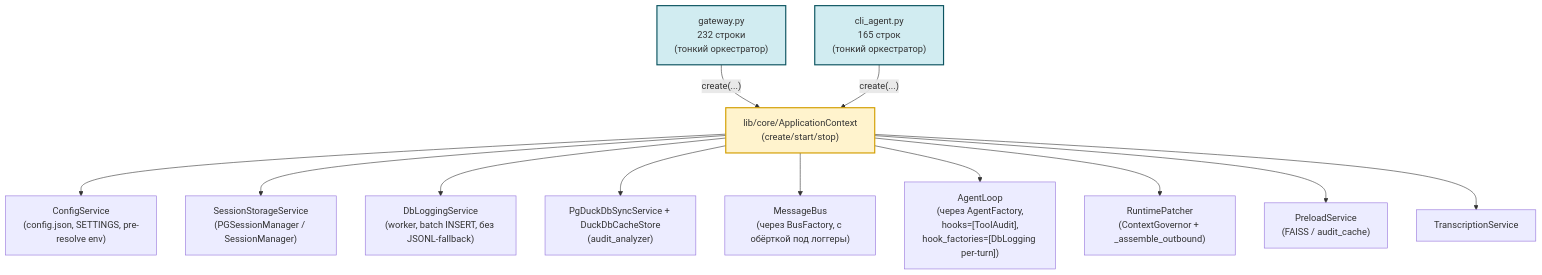
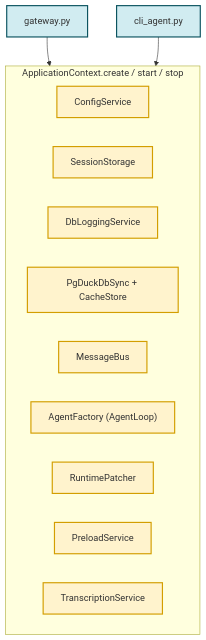
One commit to AlexEgorov85/workspaces_nanobot changed the second of 4 diagrams in docs/ARCHITECTURE.md. Above: the diagram before and after it, drawn with Mermaid. The commit also changed other lines of this file and 4 other files, not shown here.

First line of the commit message:
docs(diagrams): упростить инфра-диаграммы в слоистый mermaid-стиль

````diff
--- a/docs/ARCHITECTURE.md
+++ b/docs/ARCHITECTURE.md
@@ -101,24 +85,20 @@
 ```mermaid
 flowchart TB
-    GW["gateway.py<br/>232 строки<br/>(тонкий оркестратор)"]
-    CLI["cli_agent.py<br/>165 строк<br/>(тонкий оркестратор)"]
-    CTX["lib/core/ApplicationContext<br/>(create/start/stop)"]
-
-    GW -->|"create(...)"| CTX
-    CLI -->|"create(...)"| CTX
-
-    CTX --> CFG_SVC["ConfigService<br/>(config.json, SETTINGS, pre-resolve env)"]
-    CTX --> SESS["SessionStorageService<br/>(PGSessionManager / SessionManager)"]
-    CTX --> DB_LOG["DbLoggingService<br/>(worker, batch INSERT, без JSONL-fallback)"]
-    CTX --> AUDIT["PgDuckDbSyncService + DuckDbCacheStore<br/>(audit_analyzer)"]
-    CTX --> BUS["MessageBus<br/>(через BusFactory, с обёрткой под логгеры)"]
-    CTX --> AGENT["AgentLoop<br/>(через AgentFactory,<br/>hooks=[ToolAudit],<br/>hook_factories=[DbLogging per-turn])"]
-    CTX --> PATCHER["RuntimePatcher<br/>(ContextGovernor + _assemble_outbound)"]
-    CTX --> PRELOAD["PreloadService<br/>(FAISS / audit_cache)"]
-    CTX --> TRANS["TranscriptionService"]
-
-    classDef bootstrap fill:#fff3cd,stroke:#d39e00,stroke-width:2px
+    GW["gateway.py"] --> APPCTX
+    CLI["cli_agent.py"] --> APPCTX
+    subgraph APPCTX["ApplicationContext.create / start / stop"]
+        CFG["ConfigService"]
+        SESS["SessionStorage"]
+        DBL["DbLoggingService"]
+        SYNC["PgDuckDbSync + CacheStore"]
+        BUS["MessageBus"]
+        AGENT["AgentFactory (AgentLoop)"]
+        PATCH["RuntimePatcher"]
+        PRE["PreloadService"]
+        TRANS["TranscriptionService"]
+    end
     classDef entry fill:#d1ecf1,stroke:#0c5460,stroke-width:2px
-    class CTX bootstrap
+    classDef core fill:#fff3cd,stroke:#d39e00,stroke-width:2px
     class GW,CLI entry
+    class CFG,SESS,DBL,SYNC,BUS,AGENT,PATCH,PRE,TRANS core
 ```
````
